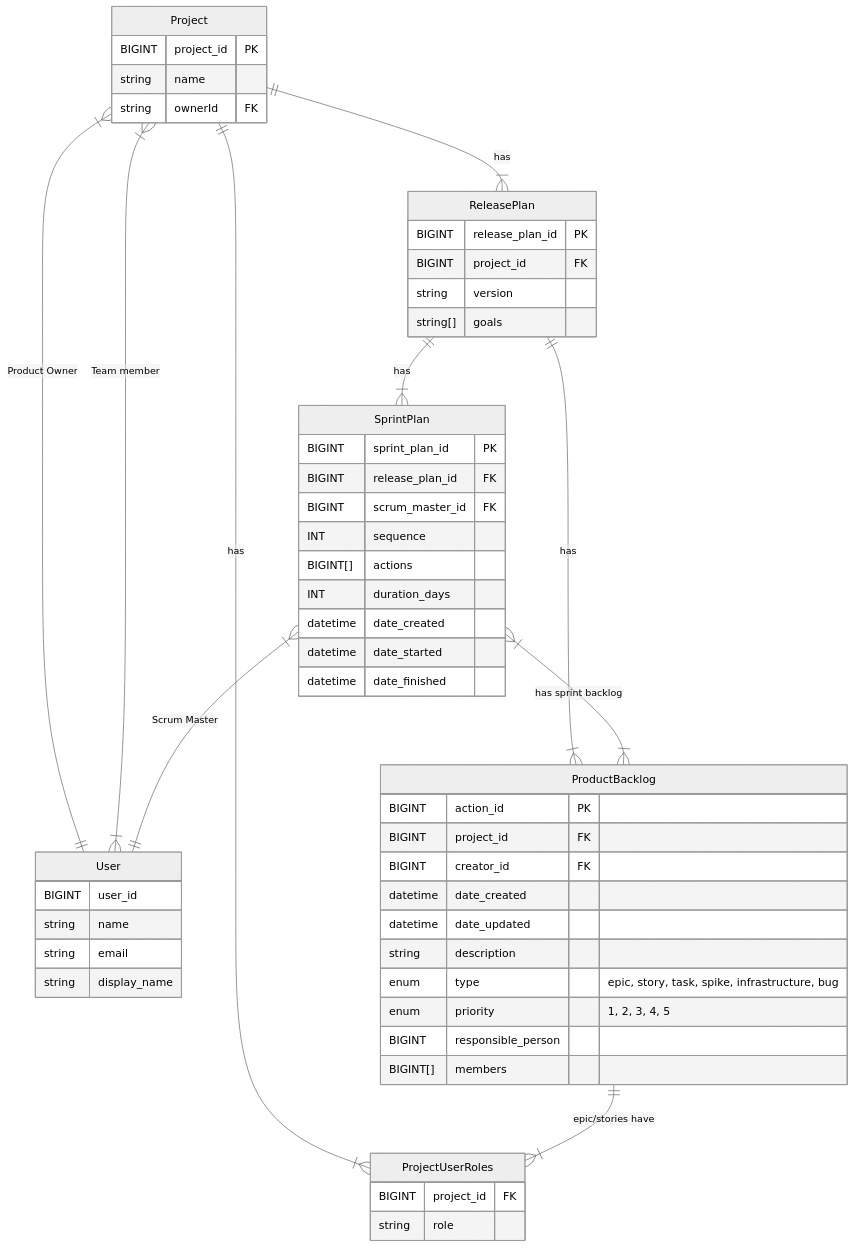
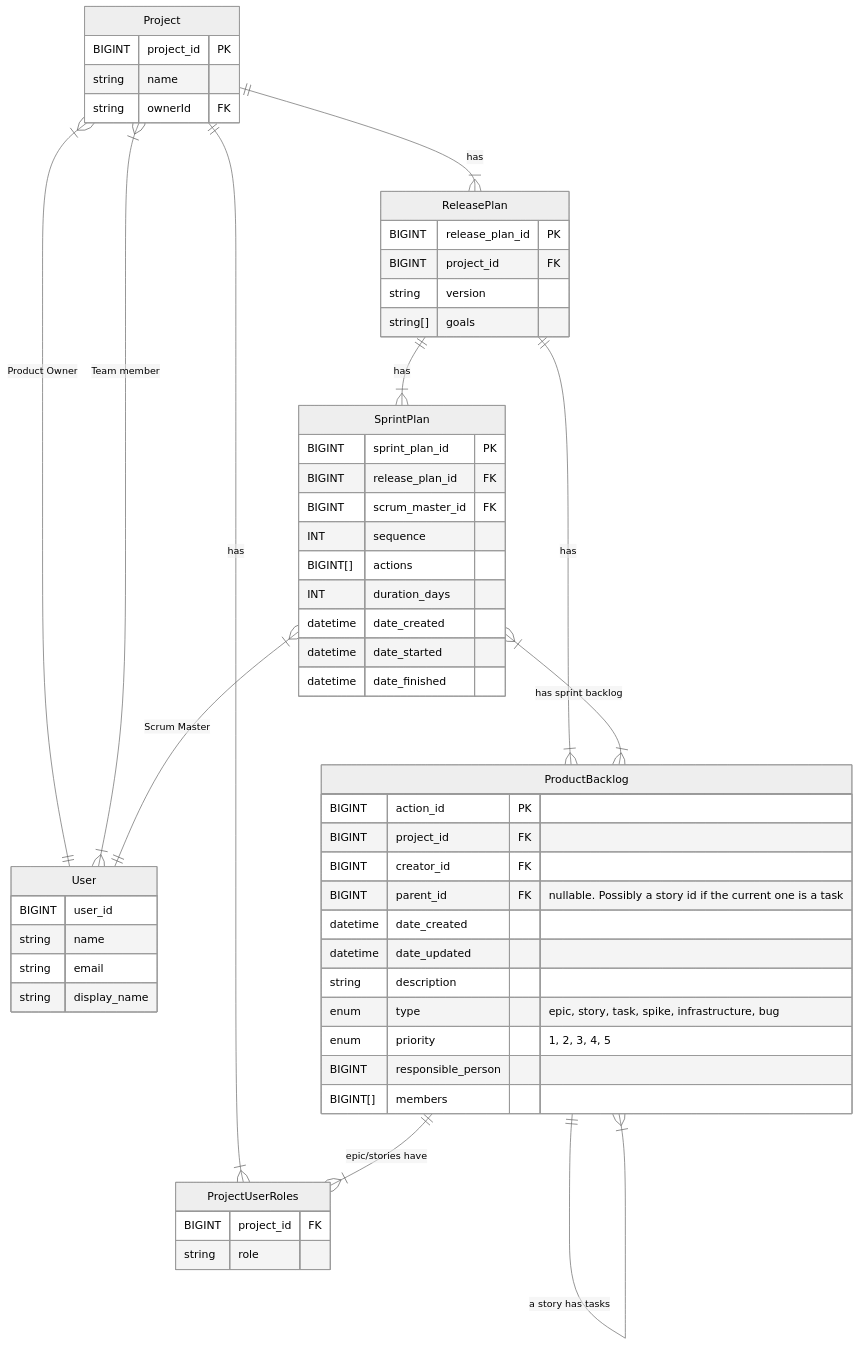
Before and after one commit to adhocmaster/ScrumMate: the diagram in documentation/development plans/data_model.md, drawn with Mermaid (neutral theme).

````diff
--- a/documentation/development plans/data_model.md
+++ b/documentation/development plans/data_model.md
@@ -4,81 +4,85 @@
 ```mermaid
 
 erDiagram
 
     User {
         BIGINT user_id
         string name
         string email
         string display_name
 
     }
 
     Project {
         BIGINT project_id PK
         string name
         string ownerId FK
     }
 
     ProjectUserRoles {
         BIGINT project_id FK
         string role
     }
 
     ReleasePlan {
         BIGINT release_plan_id PK
         BIGINT project_id FK
 
         string version 
         string[] goals
 
     }
 
     SprintPlan {
         BIGINT sprint_plan_id PK
         BIGINT release_plan_id FK
         BIGINT scrum_master_id FK
 
         INT sequence
         BIGINT[] actions
         
         INT duration_days
         datetime date_created
         datetime date_started
         datetime date_finished
     }
 
     ProductBacklog {
         BIGINT action_id PK
         BIGINT project_id FK
         BIGINT creator_id FK
 
+        BIGINT parent_id FK "nullable. Possibly a story id if the current one is a task"
+
         datetime date_created
         datetime date_updated
 
         string description
         enum type "epic, story, task, spike, infrastructure, bug"
         enum priority "1, 2, 3, 4, 5"
 
         BIGINT responsible_person
         BIGINT[] members
     }
 
 
 
     Project }|--|| User: "Product Owner"
     Project }|--|{ User: "Team member"
     Project ||--|{ ProjectUserRoles: has
 
     Project ||--|{ ReleasePlan: has
     ReleasePlan ||--|{ SprintPlan: has
     ReleasePlan ||--|{ ProductBacklog: has
 
     SprintPlan }|--|{ ProductBacklog: "has sprint backlog"
     SprintPlan }|--|| User: "Scrum Master"
 
     
     ProductBacklog ||--|{ ProjectUserRoles: "epic/stories have"
 
+    ProductBacklog ||--|{ ProductBacklog: "a story has tasks"
+
 
 
 ```
````
